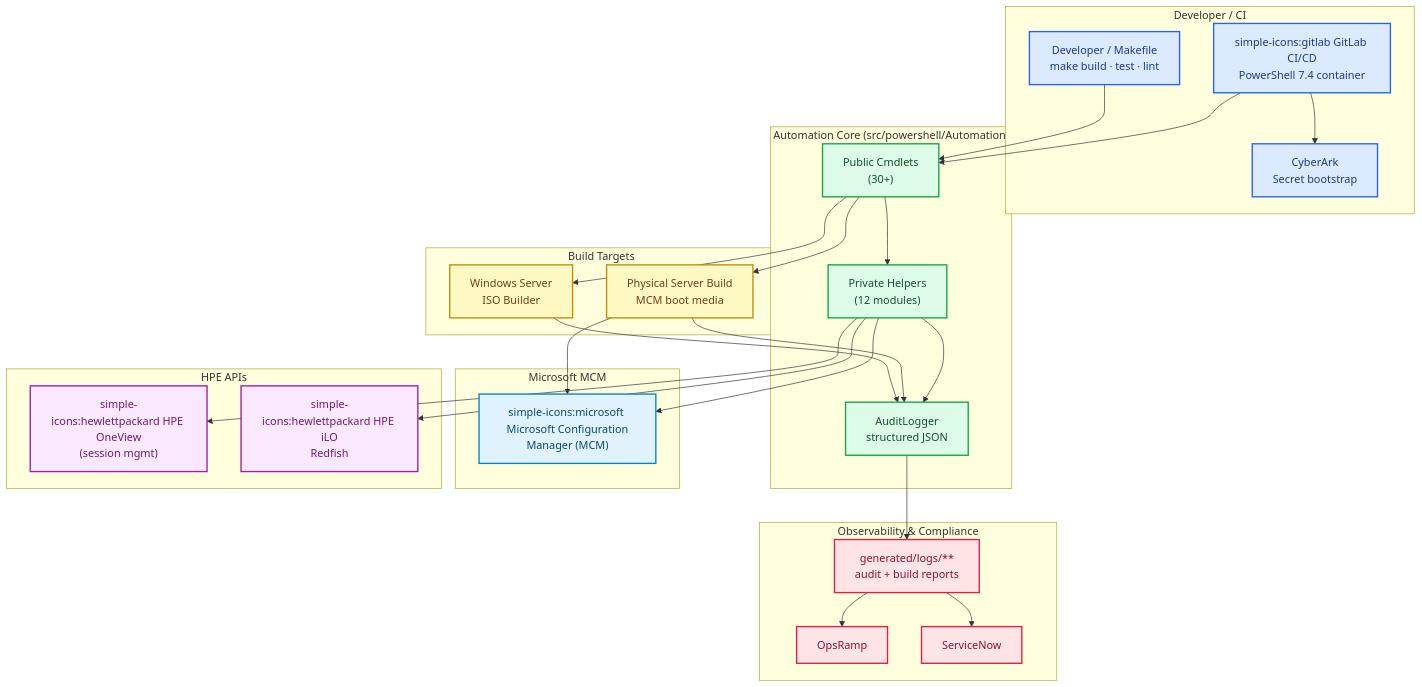
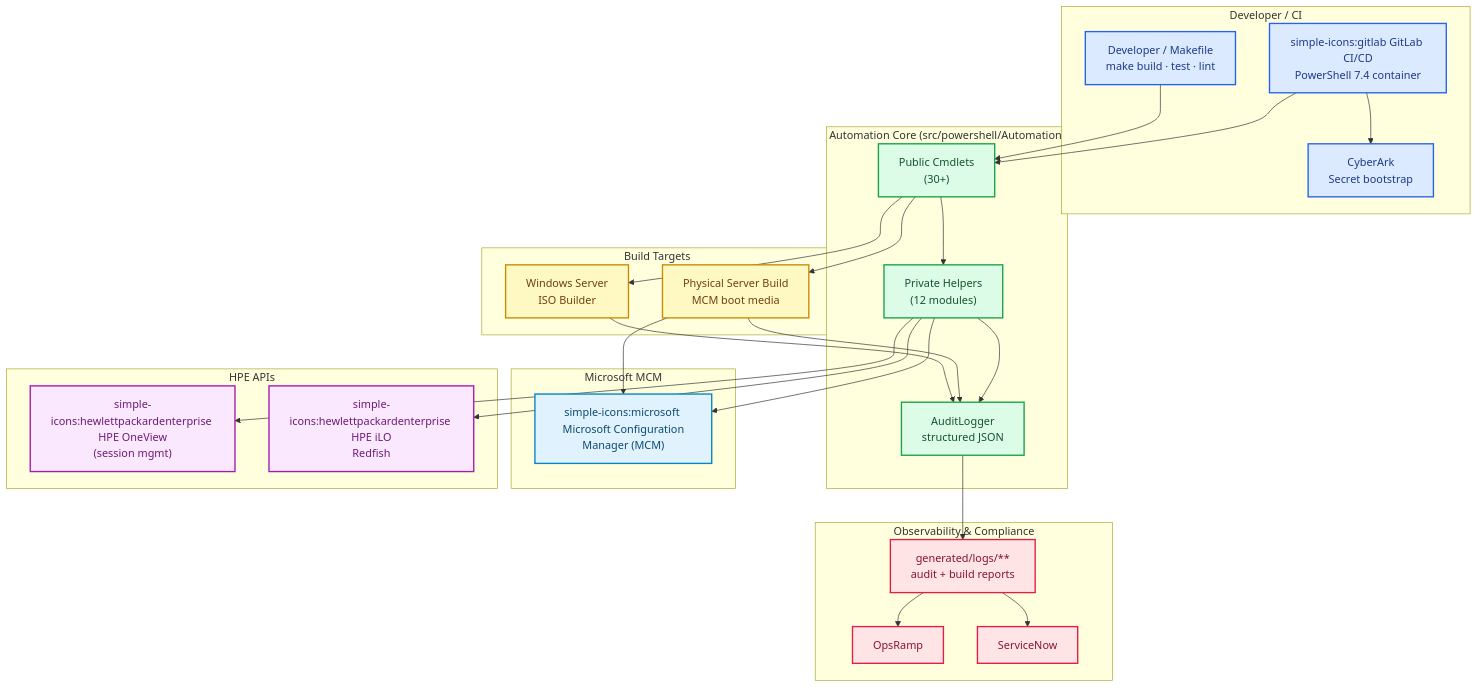
The diagram in README.md (keverall/image-build-automation), drawn with Mermaid before and after one commit.

Commit message:
Update HPE OneView and iLO icons in flowchart to reflect correct branding

````diff
--- a/README.md
+++ b/README.md
@@ -7,65 +7,65 @@
 ```mermaid
 flowchart TB
     subgraph Dev["Developer / CI"]
         DevCLI["Developer / Makefile<br/>make build · test · lint"]
         GL["simple-icons:gitlab GitLab CI/CD<br/>PowerShell 7.4 container"]
         CA["CyberArk<br/>Secret bootstrap"]
     end
 
     subgraph Core["Automation Core (src/powershell/Automation)"]
         Pub["Public Cmdlets<br/>(30+)"]
         Priv["Private Helpers<br/>(12 modules)"]
         Audit["AuditLogger<br/>structured JSON"]
     end
 
     subgraph Targets["Build Targets"]
         ISO["Windows Server<br/>ISO Builder"]
         Phys["Physical Server Build<br/>MCM boot media"]
     end
 
     subgraph MS["Microsoft MCM"]
         MCM["simple-icons:microsoft Microsoft Configuration<br/>Manager (MCM)"]
     end
 
     subgraph HPE["HPE APIs"]
-        OV["simple-icons:hewlettpackard HPE OneView<br/>(session mgmt)"]
-        iLO["simple-icons:hewlettpackard HPE iLO<br/>Redfish"]
+        OV["simple-icons:hewlettpackardenterprise HPE OneView<br/>(session mgmt)"]
+        iLO["simple-icons:hewlettpackardenterprise HPE iLO<br/>Redfish"]
     end
 
     subgraph Observe["Observability & Compliance"]
         Ops["OpsRamp"]
         SNOW["ServiceNow"]
         Logs["generated/logs/**<br/>audit + build reports"]
     end
 
     DevCLI --> Pub
     GL --> CA
     GL --> Pub
     Pub --> Priv
     Priv --> OV
     Priv --> iLO
     Priv --> MCM
     Pub --> ISO
     Pub --> Phys
     Phys --> MCM
     ISO --> Audit
     Phys --> Audit
     Priv --> Audit
     Audit --> Logs
     Logs --> Ops
     Logs --> SNOW
 
     classDef dev fill:#dbeafe,stroke:#2563eb,stroke-width:2px,color:#1e3a8a;
     classDef core fill:#dcfce7,stroke:#16a34a,stroke-width:2px,color:#14532d;
     classDef target fill:#fef9c3,stroke:#ca8a04,stroke-width:2px,color:#713f12;
     classDef ms fill:#e0f2fe,stroke:#0284c7,stroke-width:2px,color:#0c4a6e;
     classDef hpe fill:#fae8ff,stroke:#a21caf,stroke-width:2px,color:#701a75;
     classDef obs fill:#ffe4e6,stroke:#e11d48,stroke-width:2px,color:#881337;
 
     class DevCLI,GL,CA dev;
     class Pub,Priv,Audit core;
     class ISO,Phys target;
     class MCM ms;
     class OV,iLO hpe;
     class Ops,SNOW,Logs obs;
 ```
````
